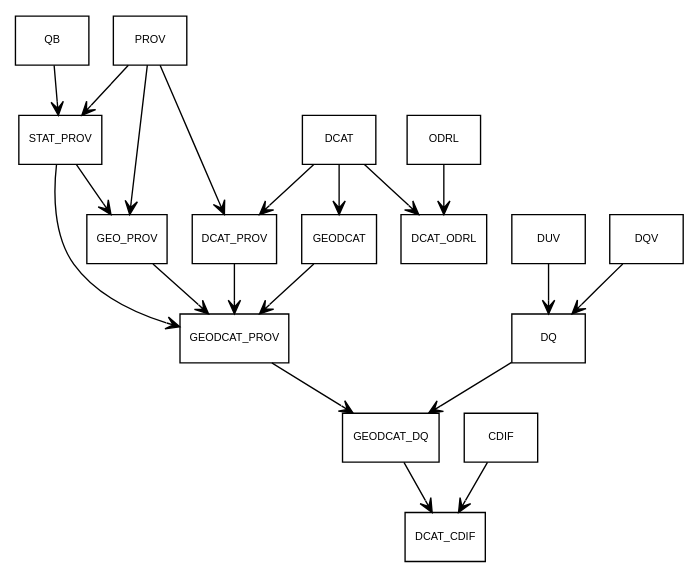
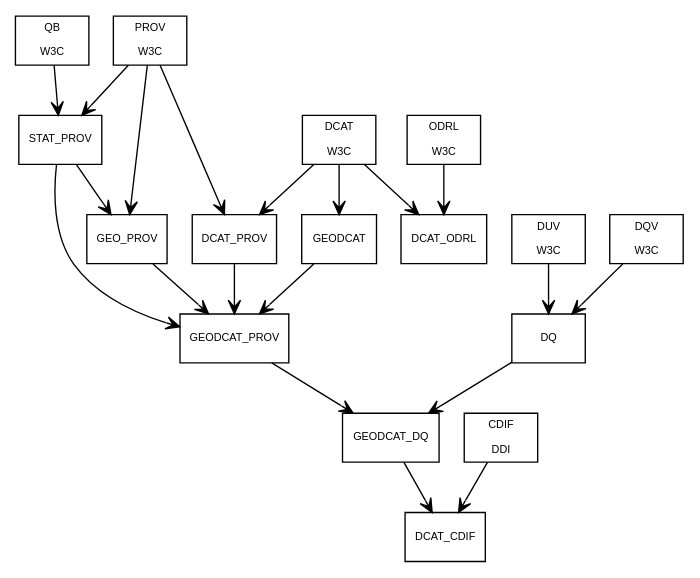
The diagram in 2023-10-05_dagstuhl_model.dot (pwin/scraps), drawn with Graphviz before and after one commit.

Commit message:
Update 2023-10-05_dagstuhl_model.dot
adding W3C and DDI governance

```diff
--- a/2023-10-05_dagstuhl_model.dot
+++ b/2023-10-05_dagstuhl_model.dot
@@ -1,84 +1,96 @@
 digraph Dagstuhl{
 ratio = "auto"
 
 node [
 fontname = Helvetica
 fontsize = 8
 shape = "record"
 ]
 
 edge [
 arrowtail = "empty"
 arrowhead = "vee"
 fontsize=8
 fontcolor=red
 fontname=Helvetica
 ]
 
 
 DCAT[
-label = "{DCAT}"
+label = "{DCAT\n\nW3C}"
 ]
 
 PROV [
-label = "{PROV}"
+label = "{PROV\n\nW3C}"
 ]
 
 QB [
-label = "{QB}"
+label = "{QB\n\nW3C}"
 ]
 ODRL [
-label = "{ODRL}"
+label = "{ODRL\n\nW3C}"
 ]
 GEO_DCAT [
 label = "{GEODCAT}"
 ]
 GEO_PROV [
 label = "{GEO_PROV}"
 ]
 STAT_PROV [
 label = "{STAT_PROV}"
 ]
 DCAT_PROV [
 label = "{DCAT_PROV}"
 ]
 GEO_DCAT_PROV [
 label = "{GEODCAT_PROV}"
 ]
-
+GEO_DCAT_DQ [
+label = "{GEODCAT_DQ}"
+]
 GEO_DCAT_DQ [
 label = "{GEODCAT_DQ}"
 ]
 CDIF[
-label = "{CDIF}"
+label = "{CDIF\n\nDDI}"
 ]
 DCAT_CDIF[
 label = "{DCAT_CDIF}"
 ]
+DQV [
+label="{DQV\n\nW3C}"
+]
+DUV [
+label="{DUV\n\nW3C}"
+]
+DQ [
+label="{DQ}"
+]
+
 DQV -> DQ;
 DUV -> DQ ;
 DQ -> GEO_DCAT_DQ ;
 
 DCAT -> GEO_DCAT ;
 GEO_DCAT -> GEO_DCAT_PROV ;
 DCAT -> DCAT_PROV ;
 DCAT_PROV -> GEO_DCAT_PROV ;
 GEO_DCAT_PROV -> GEO_DCAT_DQ ;
 QB -> STAT_PROV ;
 PROV -> STAT_PROV ;
 STAT_PROV -> GEO_DCAT_PROV ;
 DCAT -> DCAT_ODRL ;
 PROV -> DCAT_PROV ;
 PROV -> GEO_PROV ;
 STAT_PROV -> GEO_PROV ;
 ODRL -> DCAT_ODRL ;
 GEO_PROV -> GEO_DCAT_PROV ;
 CDIF -> DCAT_CDIF ;
 GEO_DCAT_DQ -> DCAT_CDIF ;
 
 
 #dcatCatalog -> foafAgent [label="dct:publisher"]
 #edge [headlabel = "1..*"]
 
 
 }
```
